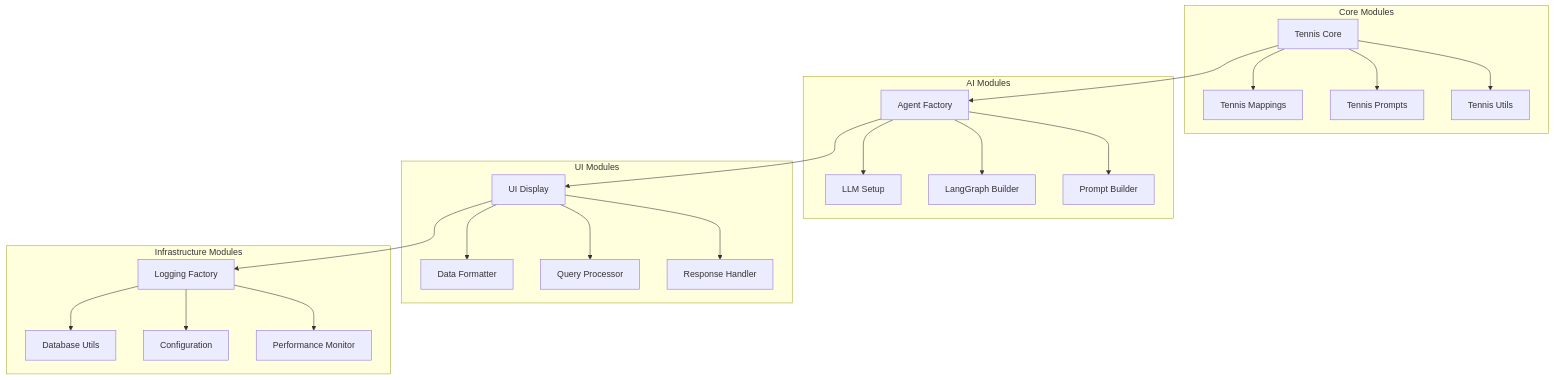
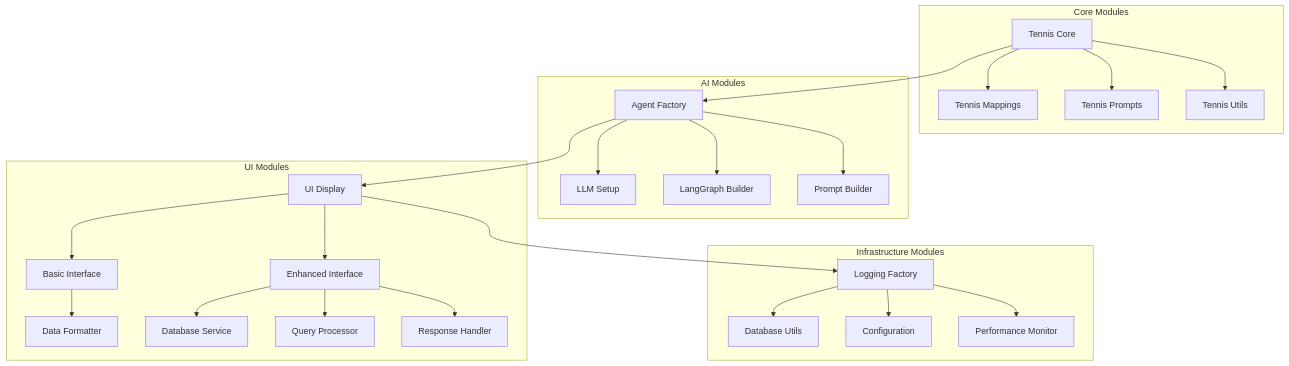
One commit to Ajit-KBehera/AskTennis_Gemini changed the third of 18 diagrams in docs/04_Software_Process_Model.md. Above: the diagram before and after it, drawn with Mermaid. The commit also changed 4 other files, not shown here.

````diff
--- a/docs/04_Software_Process_Model.md
+++ b/docs/04_Software_Process_Model.md
@@ -95,30 +95,33 @@
 ```mermaid
 graph TD
     subgraph "Core Modules"
         A[Tennis Core] --> B[Tennis Mappings]
         A --> C[Tennis Prompts]
         A --> D[Tennis Utils]
     end
     
     subgraph "AI Modules"
         E[Agent Factory] --> F[LLM Setup]
         E --> G[LangGraph Builder]
         E --> H[Prompt Builder]
     end
     
     subgraph "UI Modules"
-        I[UI Display] --> J[Data Formatter]
-        I --> K[Query Processor]
-        I --> L[Response Handler]
+        I[UI Display] --> J[Basic Interface]
+        I --> K[Enhanced Interface]
+        J --> L[Data Formatter]
+        K --> M[Database Service]
+        K --> N[Query Processor]
+        K --> O[Response Handler]
     end
     
     subgraph "Infrastructure Modules"
-        M[Logging Factory] --> N[Database Utils]
-        M --> O[Configuration]
-        M --> P[Performance Monitor]
+        P[Logging Factory] --> Q[Database Utils]
+        P --> R[Configuration]
+        P --> S[Performance Monitor]
     end
     
     A --> E
     E --> I
-    I --> M
+    I --> P
 ```
````
